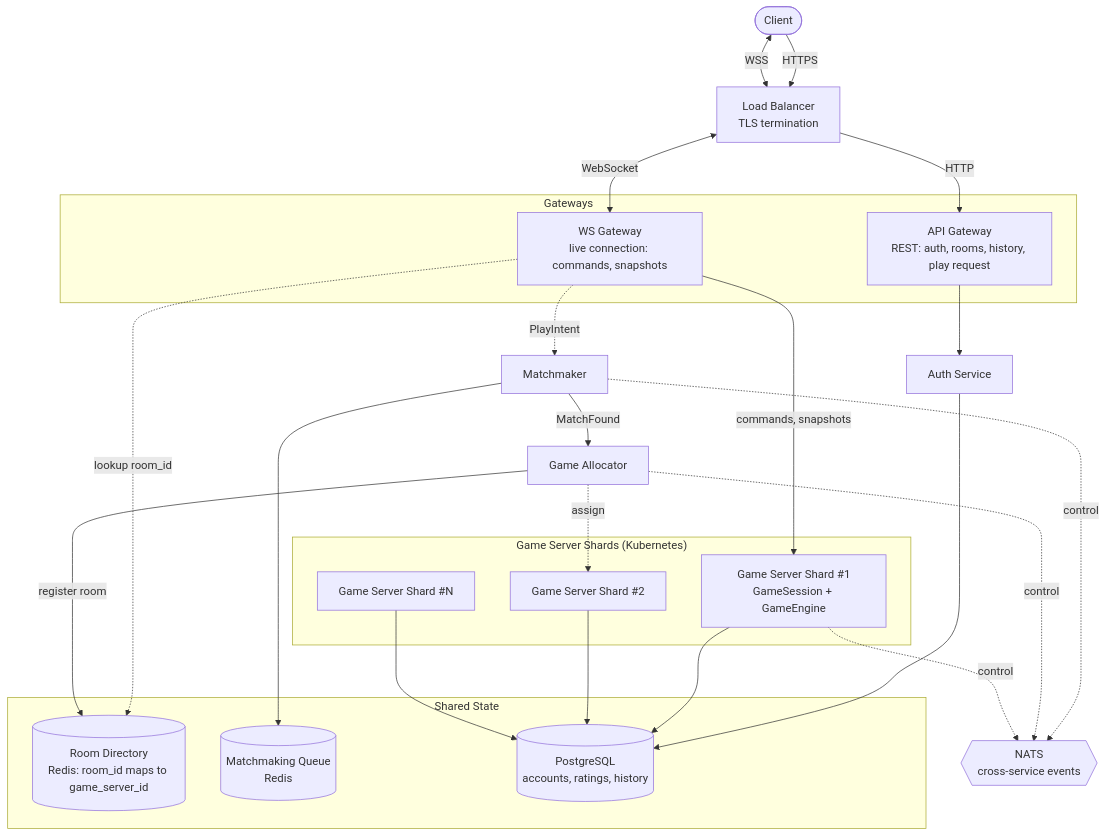
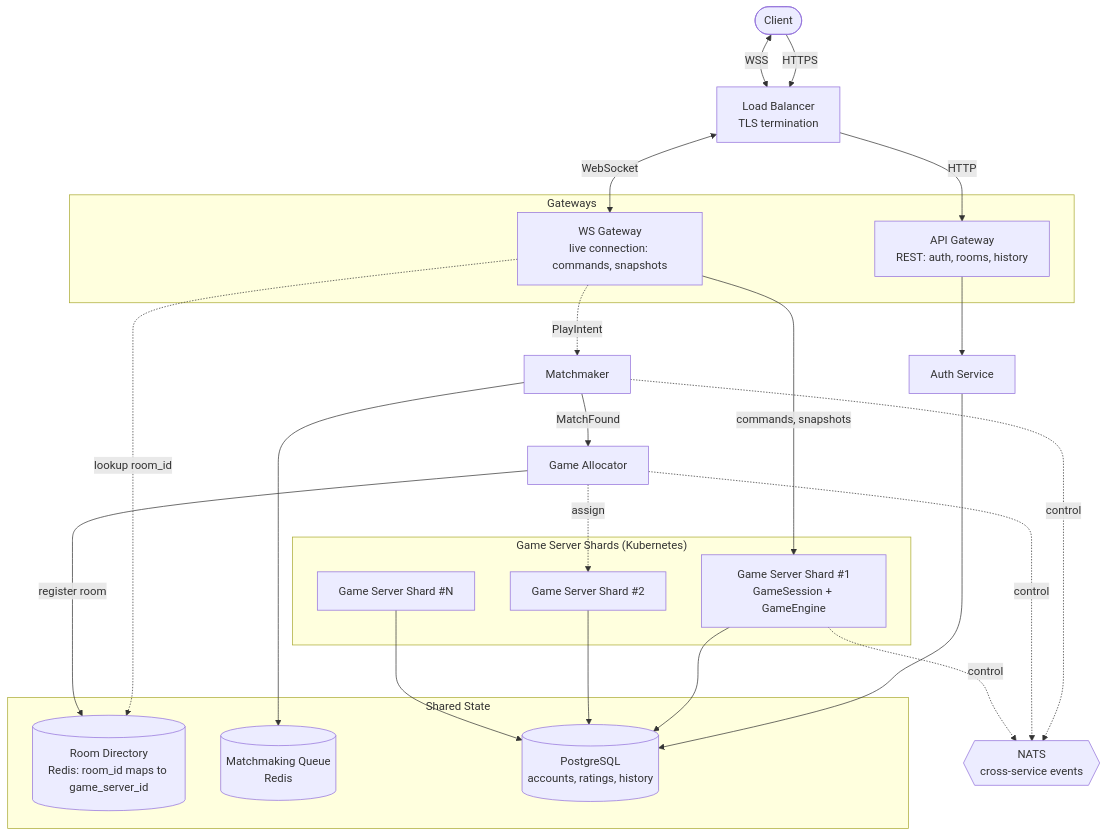
One commit to dassikelerman/KFChess changed the first of 2 diagrams in Server_Design.md. Above: the diagram before and after it, drawn with Mermaid. The commit also changed other lines of this file, not shown here.

````diff
--- a/Server_Design.md
+++ b/Server_Design.md
@@ -72,53 +72,53 @@
 ```mermaid
 flowchart TB
     Client(["Client"])
     LB["Load Balancer<br/>TLS termination"]
 
     subgraph GW["Gateways"]
-        APIGW["API Gateway<br/>REST: auth, rooms, history, play request"]
+        APIGW["API Gateway<br/>REST: auth, rooms, history"]
         WSGW["WS Gateway<br/>live connection: commands, snapshots"]
     end
 
     Auth["Auth Service"]
     MM["Matchmaker"]
     GA["Game Allocator"]
 
     subgraph Shared["Shared State"]
         Dir[("Room Directory<br/>Redis: room_id maps to game_server_id")]
         Q[("Matchmaking Queue<br/>Redis")]
         PG[("PostgreSQL<br/>accounts, ratings, history")]
     end
 
     subgraph Shards["Game Server Shards (Kubernetes)"]
         GS1["Game Server Shard #1<br/>GameSession + GameEngine"]
         GS2["Game Server Shard #2"]
         GSN["Game Server Shard #N"]
     end
 
     Bus{{"NATS<br/>cross-service events"}}
 
     Client -->|HTTPS| LB
     Client <-->|WSS| LB
     LB -->|HTTP| APIGW
     LB <-->|WebSocket| WSGW
 
     APIGW --> Auth
     Auth --> PG
 
     WSGW -->|commands, snapshots| GS1
     WSGW -.->|lookup room_id| Dir
     WSGW -.->|PlayIntent| MM
 
     MM --> Q
     MM -->|MatchFound| GA
     GA -->|register room| Dir
     GA -.->|assign| GS2
 
     GS1 --> PG
     GS2 --> PG
     GSN --> PG
 
     MM -.->|control| Bus
     GA -.->|control| Bus
     GS1 -.->|control| Bus
 ```
````
